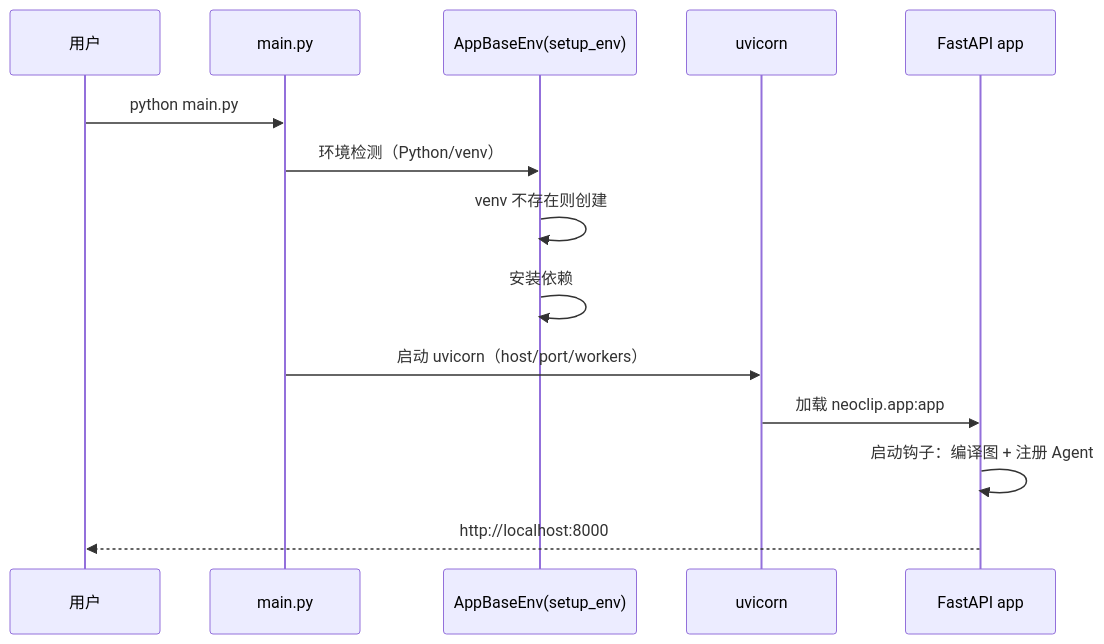
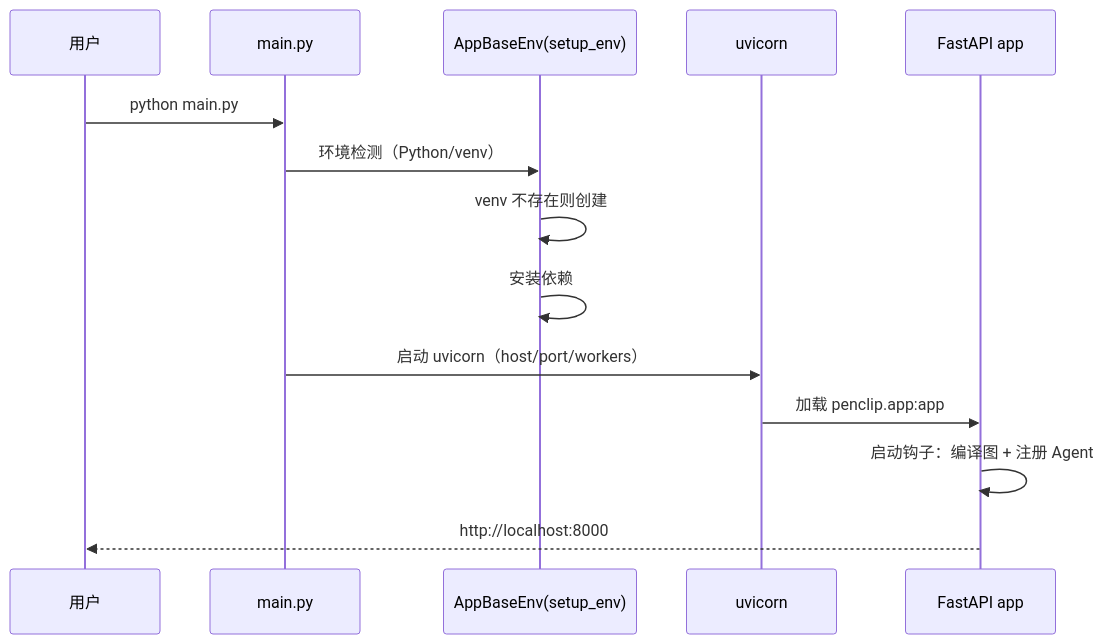
The fourth of 7 diagrams in docs/视频混剪智能体-快速开始.md (HengLine/video-clip-agent), drawn with Mermaid before and after one commit. The commit also changed other lines of this file and 268 other files, not shown here.

````diff
--- a/docs/视频混剪智能体-快速开始.md
+++ b/docs/视频混剪智能体-快速开始.md
@@ -105,17 +105,17 @@
 ```mermaid
 sequenceDiagram
     participant U as 用户
     participant M as main.py
     participant E as AppBaseEnv(setup_env)
     participant V as uvicorn
     participant A as FastAPI app
 
     U->>M: python main.py
     M->>E: 环境检测（Python/venv）
     E->>E: venv 不存在则创建
     E->>E: 安装依赖
     M->>V: 启动 uvicorn（host/port/workers）
-    V->>A: 加载 neoclip.app:app
+    V->>A: 加载 penclip.app:app
     A->>A: 启动钩子：编译图 + 注册 Agent
     A-->>U: http://localhost:8000
 ```
````
